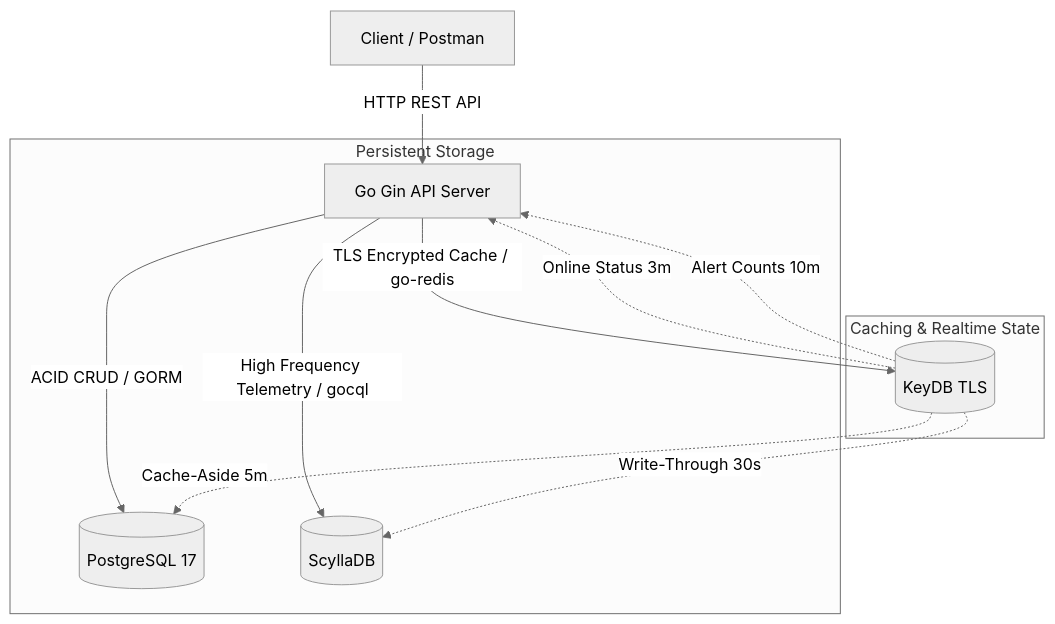
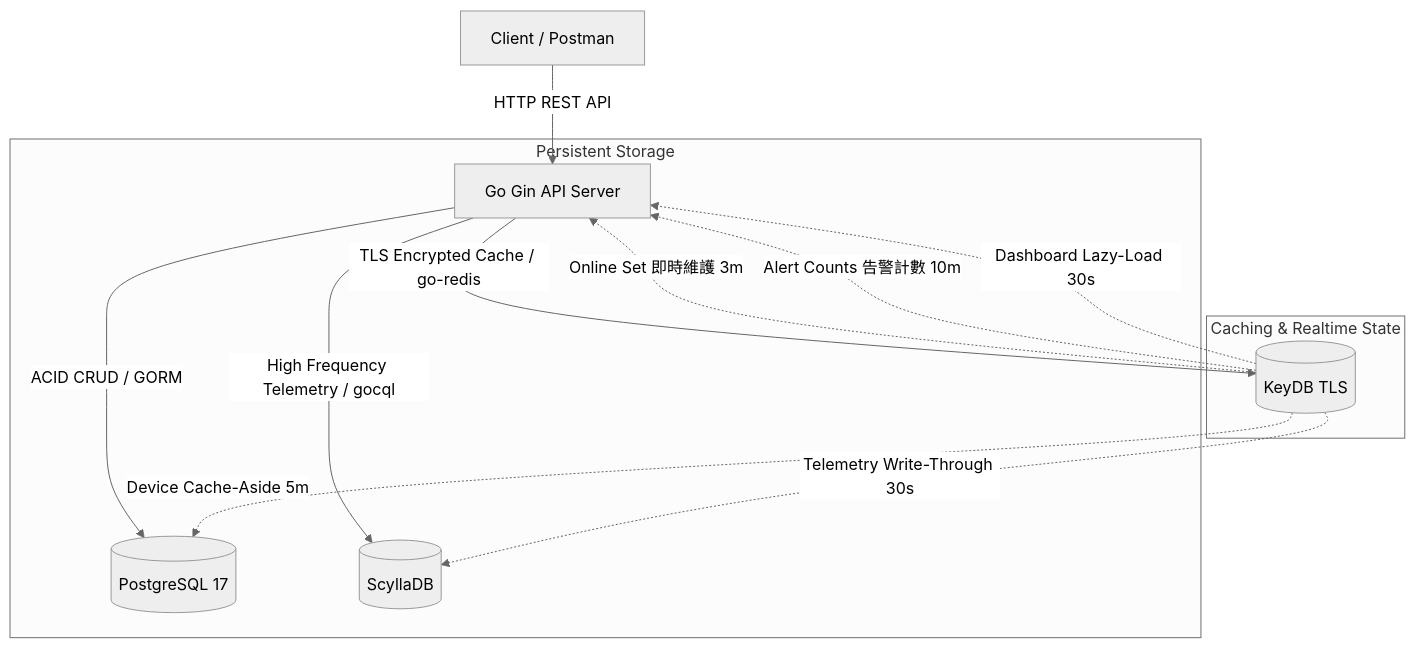
Before and after one commit to CCchien-pig/GoProjectTest: the diagram in README.md, drawn with Mermaid (neutral theme). The commit also changed other lines of this file and 1 other file, not shown here.

````diff
--- a/README.md
+++ b/README.md
@@ -7,19 +7,20 @@
 ```mermaid
 graph TD
     Client[Client / Postman] -->|HTTP REST API| GoServer[Go Gin API Server]
     
     subgraph Persistent Storage
         GoServer -->|ACID CRUD / GORM| Postgres[(PostgreSQL 17)]
         GoServer -->|High Frequency Telemetry / gocql| Scylla[(ScyllaDB)]
     end
     
     subgraph Caching & Realtime State
         GoServer -->|TLS Encrypted Cache / go-redis| KeyDB[(KeyDB TLS)]
     end
     
     %% Caching details
-    KeyDB -.->|Cache-Aside 5m| Postgres
-    KeyDB -.->|Write-Through 30s| Scylla
-    KeyDB -.->|Online Status 3m| GoServer
-    KeyDB -.->|Alert Counts 10m| GoServer
+    KeyDB -.->|Device Cache-Aside 5m| Postgres
+    KeyDB -.->|Telemetry Write-Through 30s| Scylla
+    KeyDB -.->|Online Set 即時維護 3m| GoServer
+    KeyDB -.->|Alert Counts 告警計數 10m| GoServer
+    KeyDB -.->|Dashboard Lazy-Load 30s| GoServer
 ```
````
